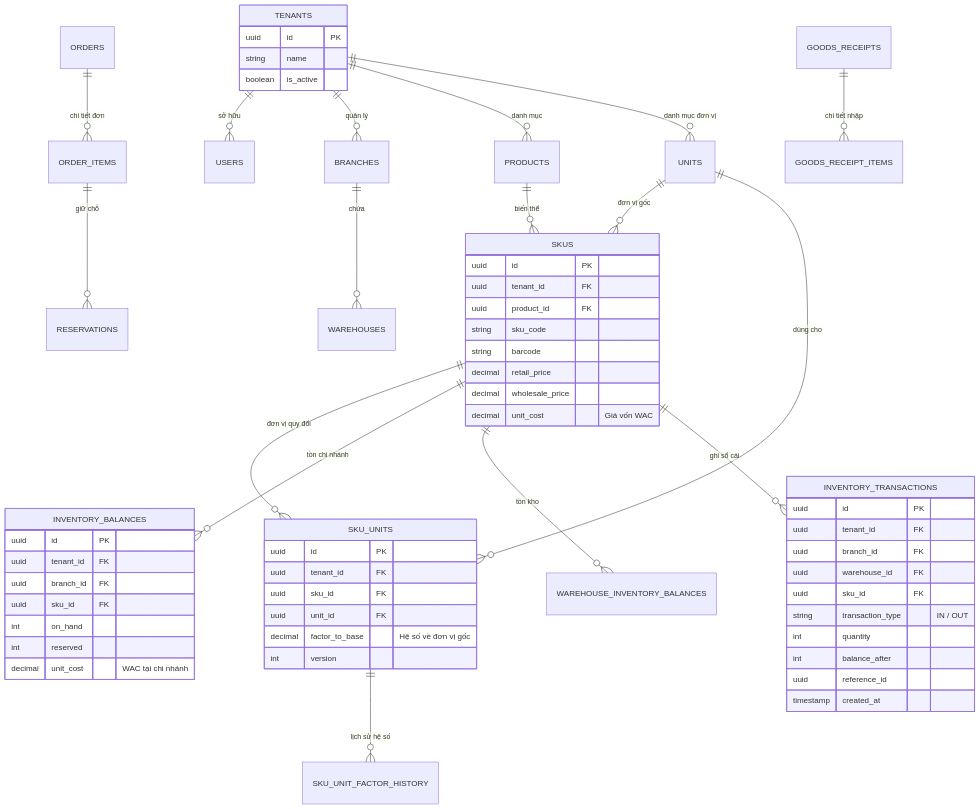
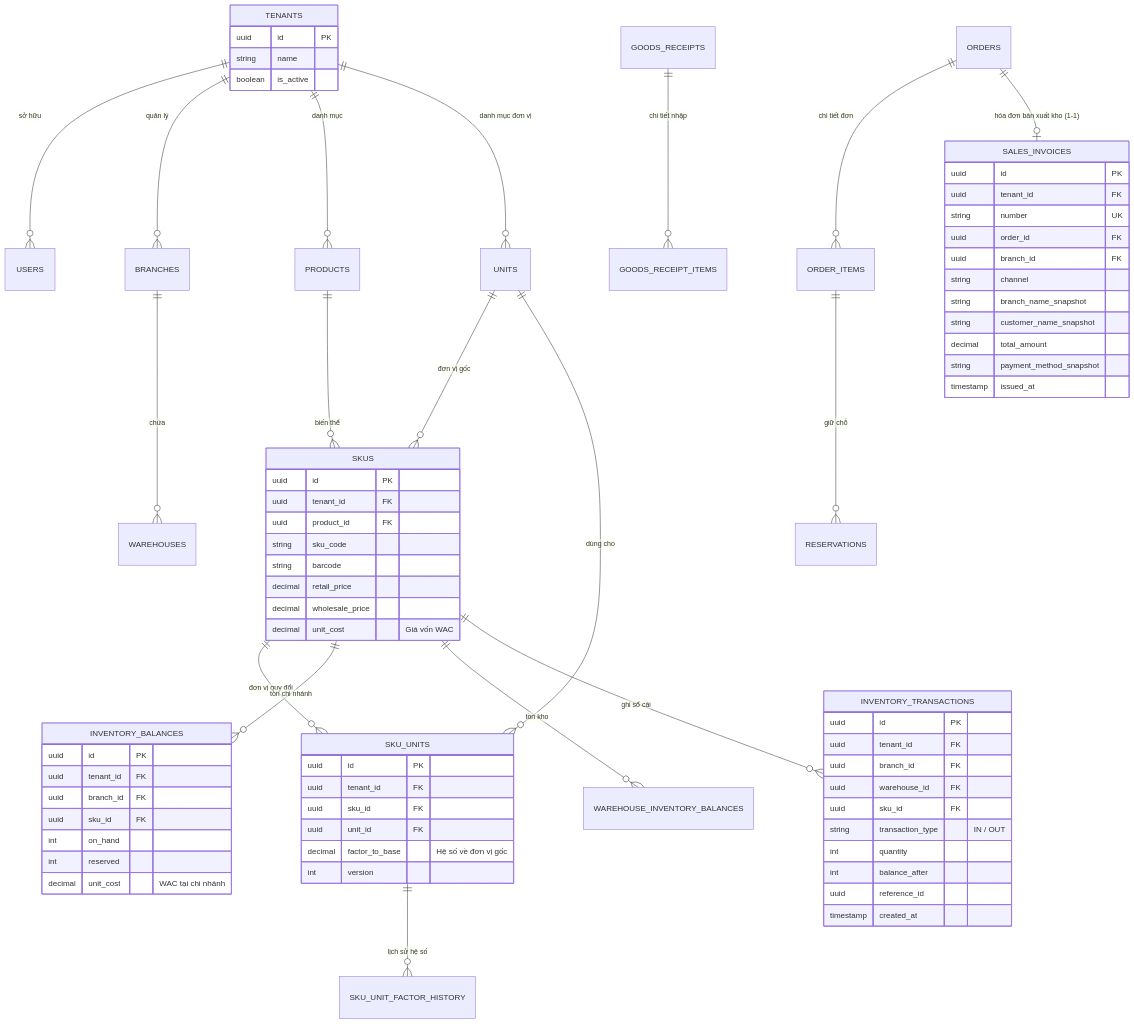
Before and after one commit to khoalvd839764-netizen/OISMS: the diagram in docs/04-architecture-and-design/03-database-design.md, drawn with Mermaid. The commit also changed other lines of this file and 50 other files, not shown here.

````diff
--- a/docs/04-architecture-and-design/03-database-design.md
+++ b/docs/04-architecture-and-design/03-database-design.md
@@ -23,64 +23,78 @@
 ```mermaid
 erDiagram
     TENANTS ||--o{ USERS : "sở hữu"
     TENANTS ||--o{ BRANCHES : "quản lý"
     TENANTS ||--o{ PRODUCTS : "danh mục"
     BRANCHES ||--o{ WAREHOUSES : "chứa"
     PRODUCTS ||--o{ SKUS : "biến thể"
     TENANTS ||--o{ UNITS : "danh mục đơn vị"
     UNITS ||--o{ SKUS : "đơn vị gốc"
     SKUS ||--o{ SKU_UNITS : "đơn vị quy đổi"
     UNITS ||--o{ SKU_UNITS : "dùng cho"
     SKU_UNITS ||--o{ SKU_UNIT_FACTOR_HISTORY : "lịch sử hệ số"
     SKUS ||--o{ INVENTORY_BALANCES : "tồn chi nhánh"
     SKUS ||--o{ WAREHOUSE_INVENTORY_BALANCES : "tồn kho"
     SKUS ||--o{ INVENTORY_TRANSACTIONS : "ghi sổ cái"
     GOODS_RECEIPTS ||--o{ GOODS_RECEIPT_ITEMS : "chi tiết nhập"
     ORDERS ||--o{ ORDER_ITEMS : "chi tiết đơn"
     ORDER_ITEMS ||--o{ RESERVATIONS : "giữ chỗ"
+    ORDERS ||--o| SALES_INVOICES : "hóa đơn bán xuất kho (1-1)"
 
     TENANTS {
         uuid id PK
         string name
         boolean is_active
     }
     SKUS {
         uuid id PK
         uuid tenant_id FK
         uuid product_id FK
         string sku_code
         string barcode
         decimal retail_price
         decimal wholesale_price
         decimal unit_cost "Giá vốn WAC"
     }
     SKU_UNITS {
         uuid id PK
         uuid tenant_id FK
         uuid sku_id FK
         uuid unit_id FK
         decimal factor_to_base "Hệ số về đơn vị gốc"
         int version
     }
     INVENTORY_BALANCES {
         uuid id PK
         uuid tenant_id FK
         uuid branch_id FK
         uuid sku_id FK
         int on_hand
         int reserved
         decimal unit_cost "WAC tại chi nhánh"
     }
     INVENTORY_TRANSACTIONS {
         uuid id PK
         uuid tenant_id FK
         uuid branch_id FK
         uuid warehouse_id FK
         uuid sku_id FK
         string transaction_type "IN / OUT"
         int quantity
         int balance_after
         uuid reference_id
         timestamp created_at
     }
+    SALES_INVOICES {
+        uuid id PK
+        uuid tenant_id FK
+        string number UK
+        uuid order_id FK
+        uuid branch_id FK
+        string channel
+        string branch_name_snapshot
+        string customer_name_snapshot
+        decimal total_amount
+        string payment_method_snapshot
+        timestamp issued_at
+    }
 ```
````
